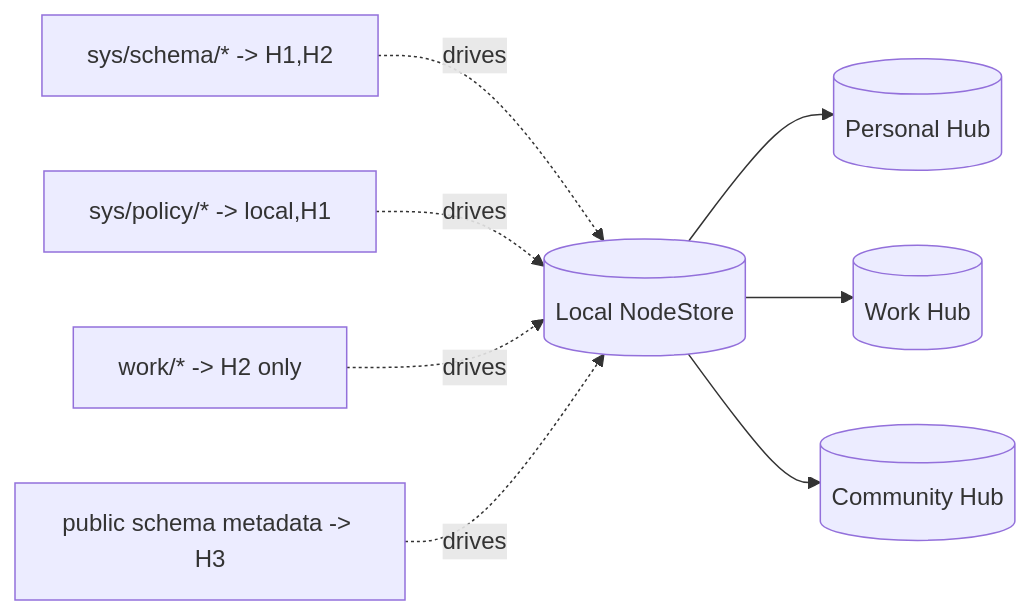
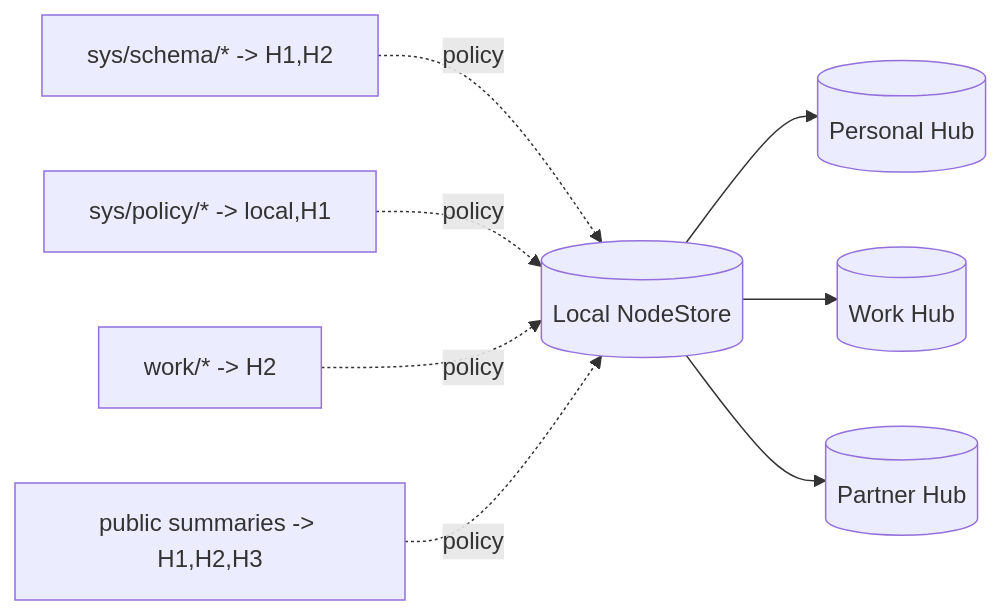
Before and after one commit to crs48/xNet: the sixth of 6 diagrams in docs/explorations/0093_[_]_NODE_NATIVE_GLOBAL_SCHEMA_FEDERATION_MODEL.md, drawn with Mermaid. The commit also changed other lines of this file, not shown here.

````diff
--- a/docs/explorations/0093_[_]_NODE_NATIVE_GLOBAL_SCHEMA_FEDERATION_MODEL.md
+++ b/docs/explorations/0093_[_]_NODE_NATIVE_GLOBAL_SCHEMA_FEDERATION_MODEL.md
@@ -244,16 +261,16 @@
 ```mermaid
 flowchart LR
     L[(Local NodeStore)] --> H1[(Personal Hub)]
     L --> H2[(Work Hub)]
-    L --> H3[(Community Hub)]
+    L --> H3[(Partner Hub)]
 
-    S1[sys/schema/* -> H1,H2]
-    S2[sys/policy/* -> local,H1]
-    S3[work/* -> H2 only]
-    S4[public schema metadata -> H3]
+    R1[sys/schema/* -> H1,H2]
+    R2[sys/policy/* -> local,H1]
+    R3[work/* -> H2]
+    R4[public summaries -> H1,H2,H3]
 
-    S1 -.drives.-> L
-    S2 -.drives.-> L
-    S3 -.drives.-> L
-    S4 -.drives.-> L
+    R1 -.policy.-> L
+    R2 -.policy.-> L
+    R3 -.policy.-> L
+    R4 -.policy.-> L
 ```
````
